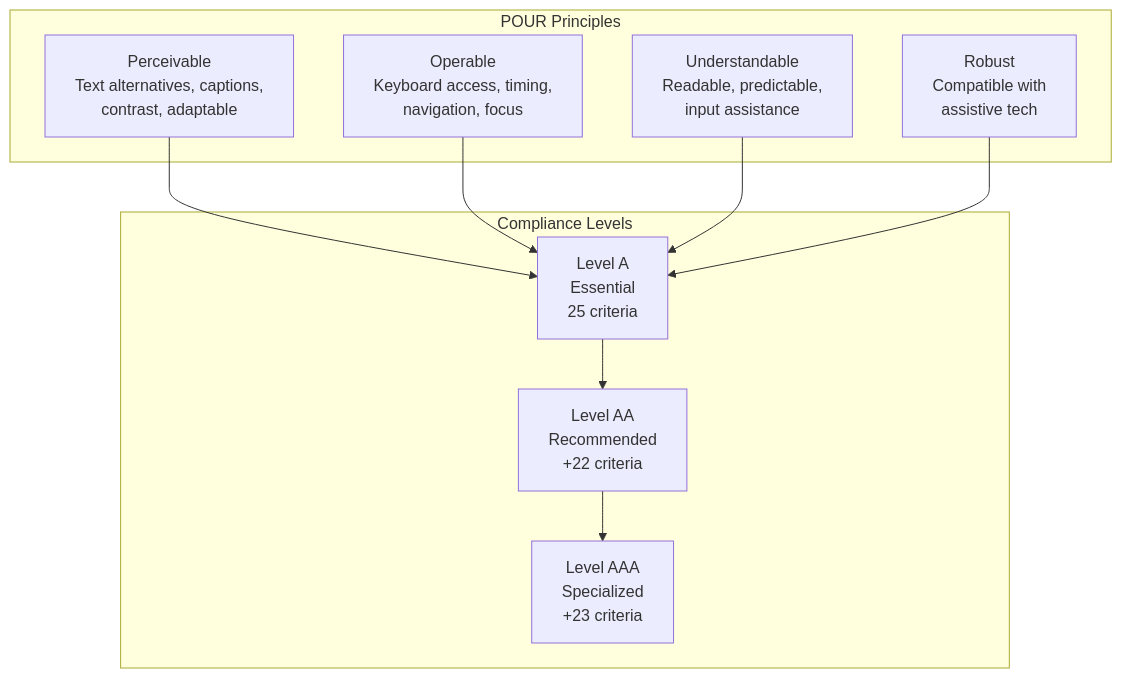
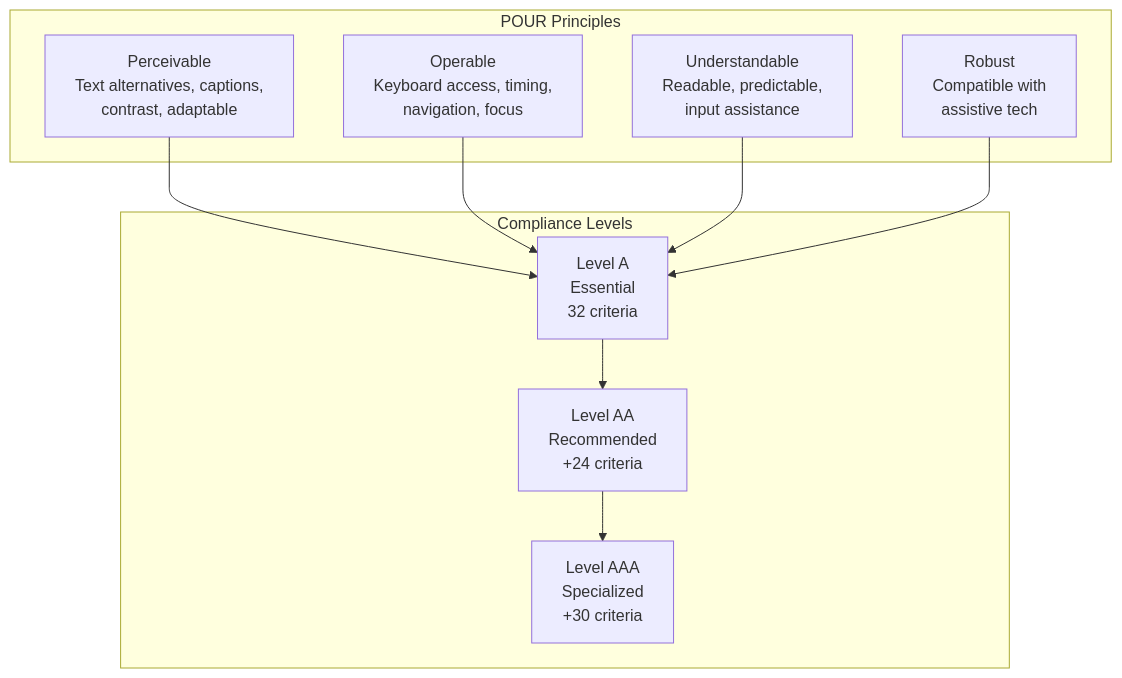
Before and after one commit to sujeet-pro/legacy-personal-site: the diagram in v4/content/articles/web-foundations/accessibility-standards/wcag-2-2-practical-guide/README.md, drawn with Mermaid. The commit also changed other lines of this file and 115 other files, not shown here.

````diff
--- a/v4/content/articles/web-foundations/accessibility-standards/wcag-2-2-practical-guide/README.md
+++ b/v4/content/articles/web-foundations/accessibility-standards/wcag-2-2-practical-guide/README.md
@@ -7,21 +7,21 @@
 ```mermaid
 flowchart TB
     subgraph "POUR Principles"
         P["Perceivable<br/>Text alternatives, captions,<br/>contrast, adaptable"]
         O["Operable<br/>Keyboard access, timing,<br/>navigation, focus"]
         U["Understandable<br/>Readable, predictable,<br/>input assistance"]
         R["Robust<br/>Compatible with<br/>assistive tech"]
     end
 
     subgraph "Compliance Levels"
-        A["Level A<br/>Essential<br/>25 criteria"]
-        AA["Level AA<br/>Recommended<br/>+22 criteria"]
-        AAA["Level AAA<br/>Specialized<br/>+23 criteria"]
+        A["Level A<br/>Essential<br/>32 criteria"]
+        AA["Level AA<br/>Recommended<br/>+24 criteria"]
+        AAA["Level AAA<br/>Specialized<br/>+30 criteria"]
     end
 
     P --> A
     O --> A
     U --> A
     R --> A
     A --> AA --> AAA
 ```
````
